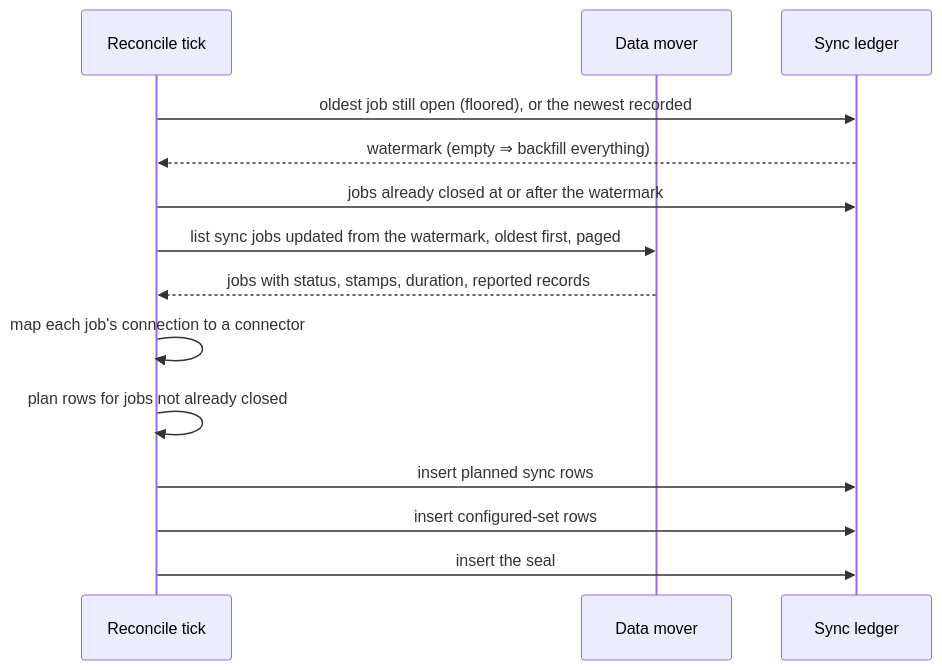
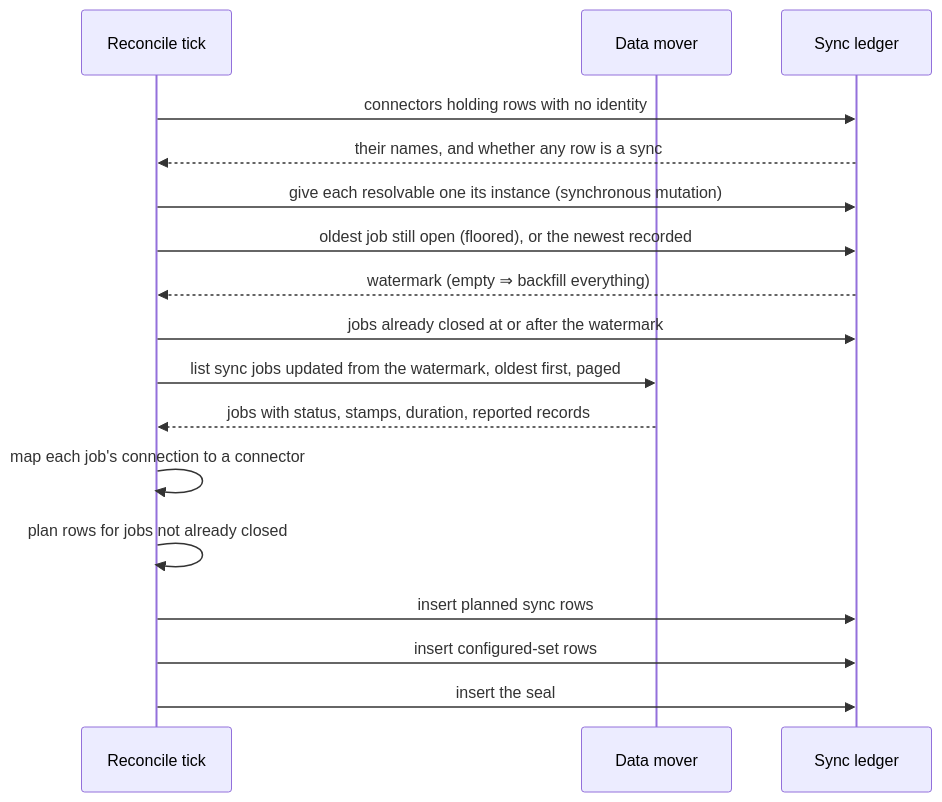
Before and after one commit to constructorfabric/cyber-insight: the first of 2 diagrams in docs/components/backend/analytics/specs/connector-health/DESIGN.md, drawn with Mermaid. The commit also changed other lines of this file and 58 other files, not shown here.

First line of the commit message:
feat(ingestion): key connectors by instance, from the Secret to the page (#3252)

````diff
--- a/docs/components/backend/analytics/specs/connector-health/DESIGN.md
+++ b/docs/components/backend/analytics/specs/connector-health/DESIGN.md
@@ -526,17 +585,20 @@
 ```mermaid
 sequenceDiagram
     participant R as Reconcile tick
     participant M as Data mover
     participant L as Sync ledger
 
+    R->>L: connectors holding rows with no identity
+    L-->>R: their names, and whether any row is a sync
+    R->>L: give each resolvable one its instance (synchronous mutation)
     R->>L: oldest job still open (floored), or the newest recorded
     L-->>R: watermark (empty ⇒ backfill everything)
     R->>L: jobs already closed at or after the watermark
     R->>M: list sync jobs updated from the watermark, oldest first, paged
     M-->>R: jobs with status, stamps, duration, reported records
     R->>R: map each job's connection to a connector
     R->>R: plan rows for jobs not already closed
     R->>L: insert planned sync rows
     R->>L: insert configured-set rows
     R->>L: insert the seal
 ```
````
